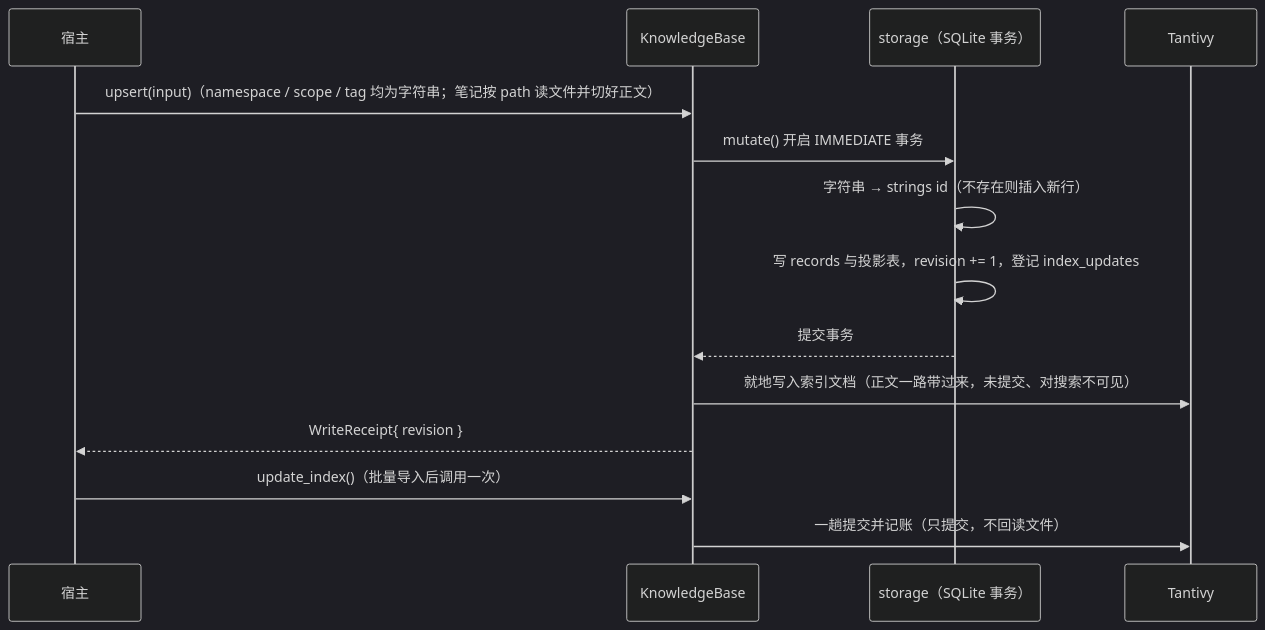
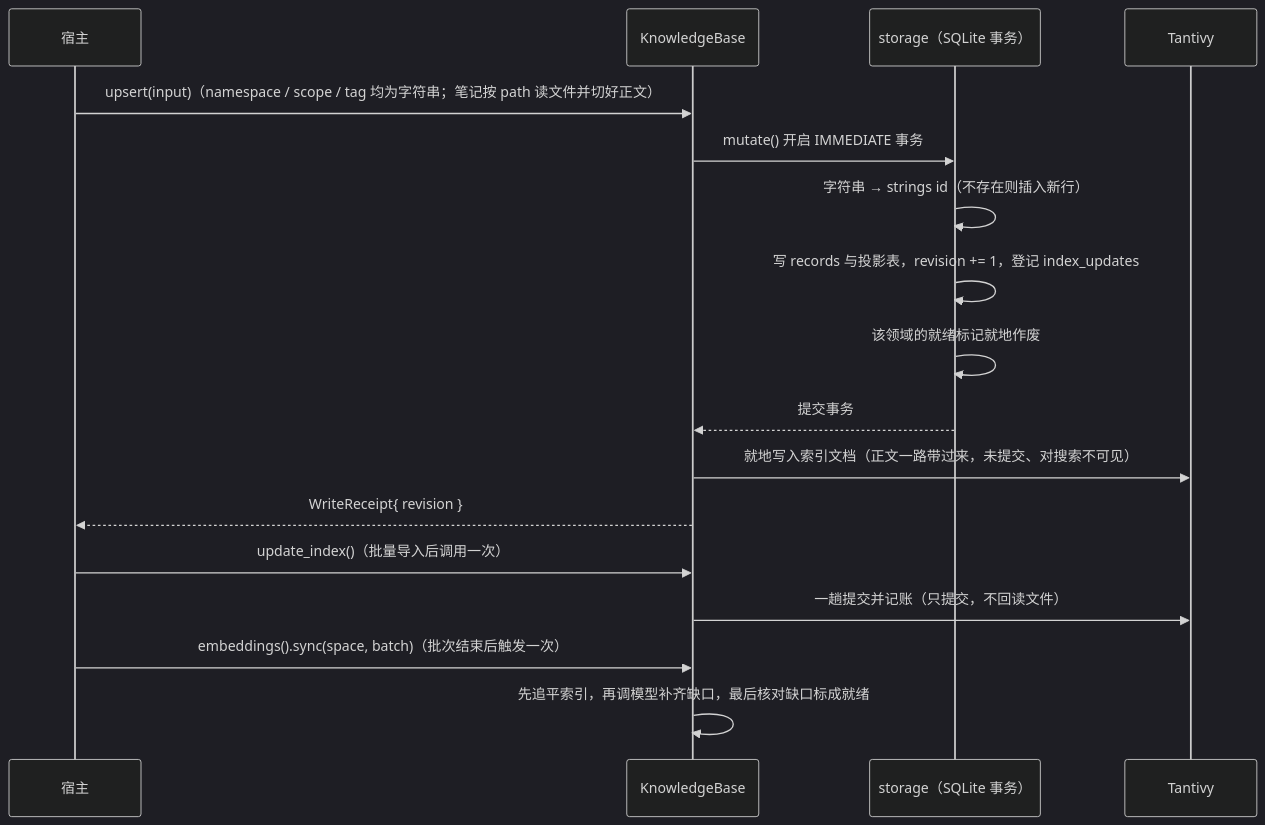
The fourth of 4 diagrams in docs/architecture.md (kawayiYokami/p-memory), drawn with Mermaid (dark theme) before and after one commit. The commit also changed other lines of this file and 15 other files, not shown here.

First line of the commit message:
feat(embeddings): fill vectors after the batch with a readiness gate

````diff
--- a/docs/architecture.md
+++ b/docs/architecture.md
@@ -183,17 +183,20 @@
 ```mermaid
 sequenceDiagram
     participant H as 宿主
     participant K as KnowledgeBase
     participant S as storage（SQLite 事务）
     participant I as Tantivy
 
     H->>K: upsert(input)（namespace / scope / tag 均为字符串；笔记按 path 读文件并切好正文）
     K->>S: mutate() 开启 IMMEDIATE 事务
     S->>S: 字符串 → strings id（不存在则插入新行）
     S->>S: 写 records 与投影表，revision += 1，登记 index_updates
+    S->>S: 该领域的就绪标记就地作废
     S-->>K: 提交事务
     K->>I: 就地写入索引文档（正文一路带过来，未提交、对搜索不可见）
     K-->>H: WriteReceipt{ revision }
     H->>K: update_index()（批量导入后调用一次）
     K->>I: 一趟提交并记账（只提交，不回读文件）
+    H->>K: embeddings().sync(space, batch)（批次结束后触发一次）
+    K->>K: 先追平索引，再调模型补齐缺口，最后核对缺口标成就绪
 ```
````
